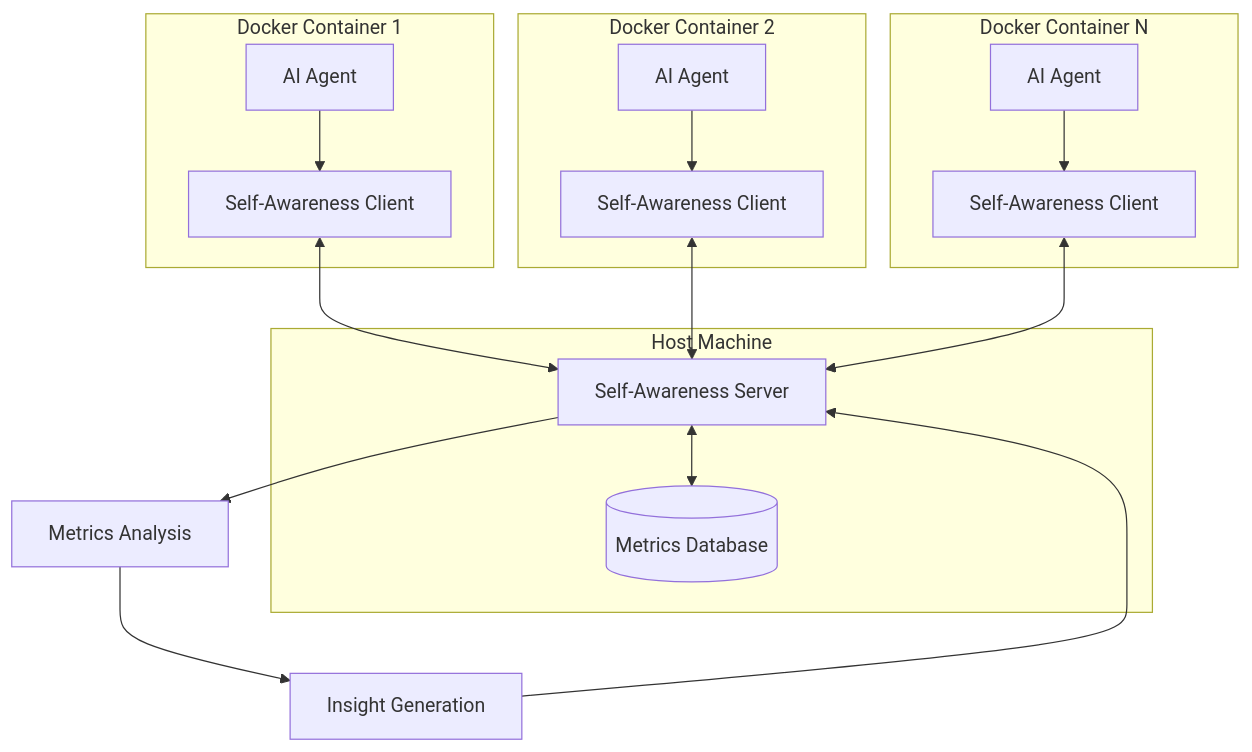
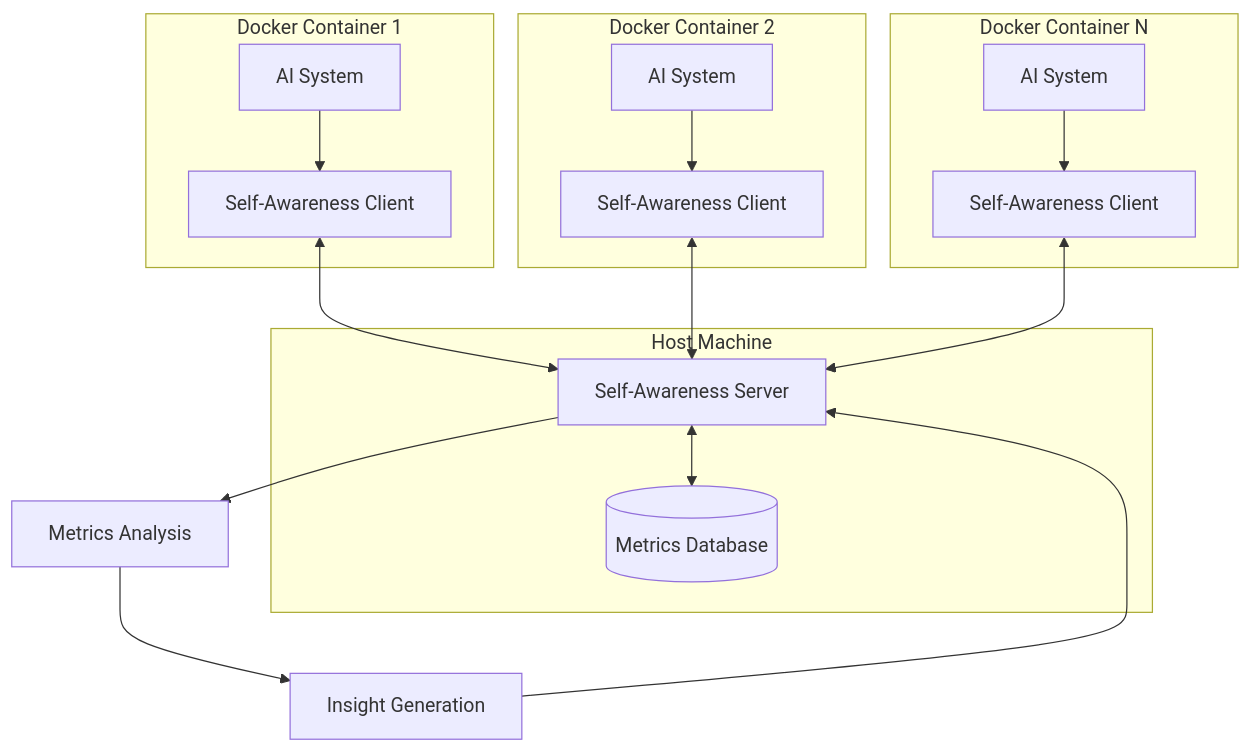
One commit to amuzetnoM/research changed the first of 4 diagrams in head_1/frameworks/self_awareness/README.md. Above: the diagram before and after it, drawn with Mermaid. The commit also changed other lines of this file and 26 other files, not shown here.

````diff
--- a/head_1/frameworks/self_awareness/README.md
+++ b/head_1/frameworks/self_awareness/README.md
@@ -28,27 +32,27 @@
 ```mermaid
 graph TD
     subgraph "Host Machine"
         Server[Self-Awareness Server]
         DB[(Metrics Database)]
         Server <--> DB
     end
     
     subgraph "Docker Container 1"
-        AI1[AI Agent] --> Client1[Self-Awareness Client]
+        AI1[AI System] --> Client1[Self-Awareness Client]
         Client1 <--> Server
     end
     
     subgraph "Docker Container 2"
-        AI2[AI Agent] --> Client2[Self-Awareness Client]
+        AI2[AI System] --> Client2[Self-Awareness Client]
         Client2 <--> Server
     end
     
     subgraph "Docker Container N"
-        AIN[AI Agent] --> ClientN[Self-Awareness Client]
+        AIN[AI System] --> ClientN[Self-Awareness Client]
         ClientN <--> Server
     end
     
     Server --> Analysis[Metrics Analysis]
     Analysis --> Insights[Insight Generation]
     Insights --> Server
 ```
````
